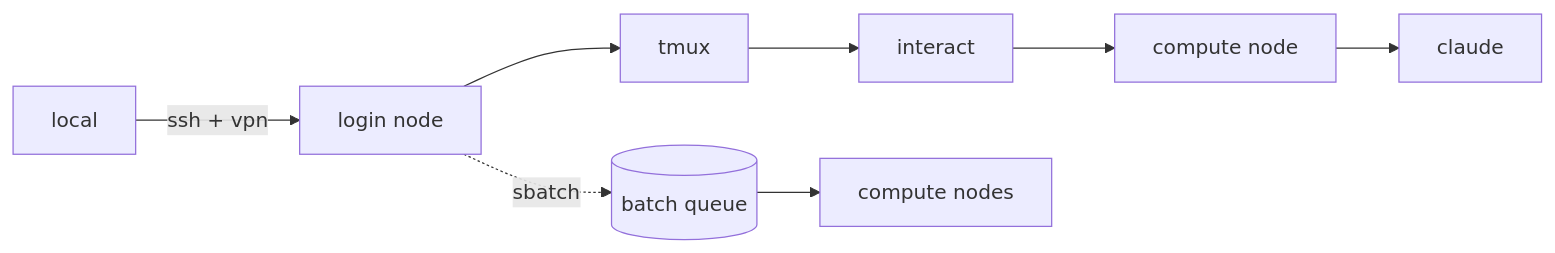
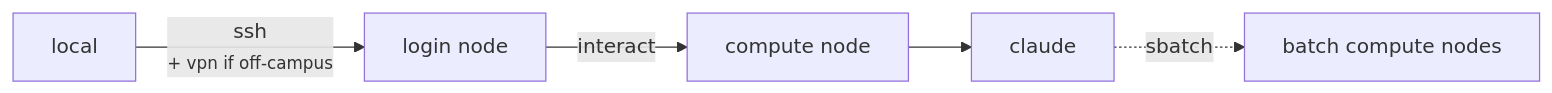
One commit to ChenHsieh/sapelo2-boilerplate changed the diagram in docs/index.md. Above: the diagram before and after it, drawn with Mermaid. The commit also changed other lines of this file and 9 other files, not shown here.

````diff
--- a/docs/index.md
+++ b/docs/index.md
@@ -31,10 +33,7 @@
 ```mermaid
 flowchart LR
-    L[local] -->|ssh + vpn| G[login node]
-    G --> T[tmux]
-    T --> I[interact]
-    I --> C[compute node]
+    L[local] -->|ssh<br/><small>+ vpn if off-campus</small>| G[login node]
+    G -->|interact| C[compute node]
     C --> K[claude]
-    G -.->|sbatch| B[(batch queue)]
-    B --> H[compute nodes]
+    K -.->|sbatch| H[batch compute nodes]
 ```
````
